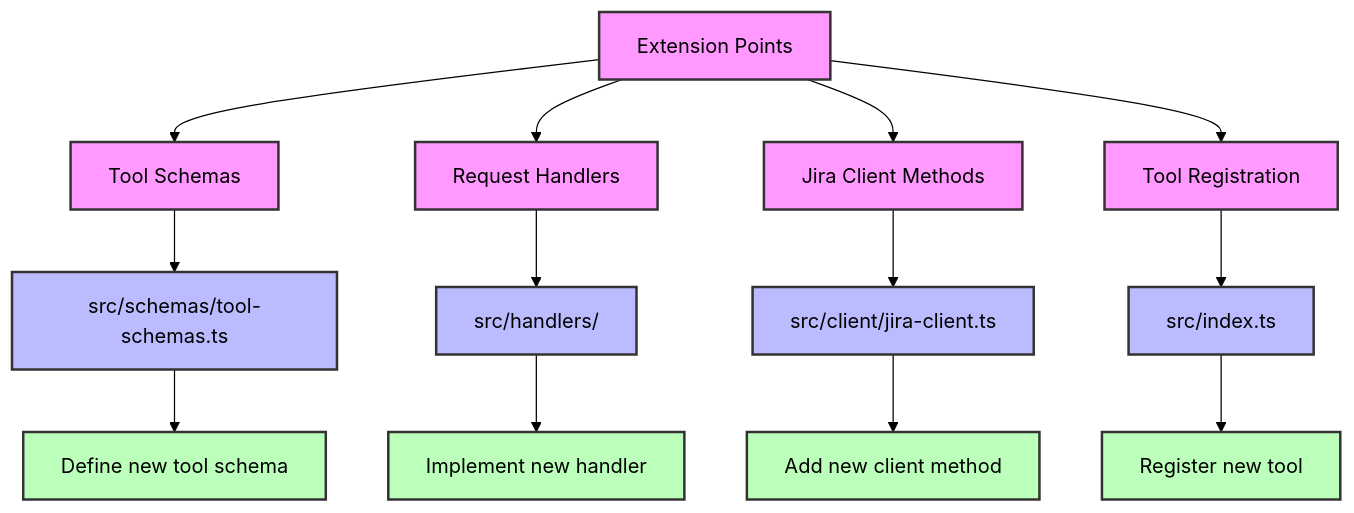
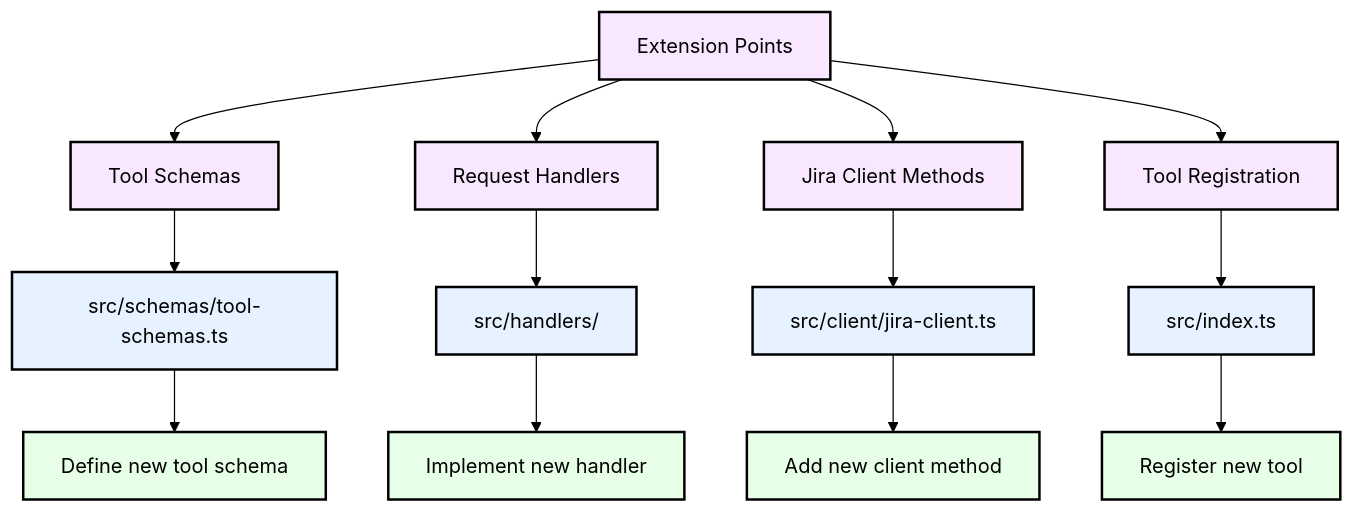
The fourth of 6 diagrams in docs/component-relationships.md (aaronsb/jira-cloud), drawn with Mermaid (forest theme) before and after one commit. The commit also changed other lines of this file, not shown here.

````diff
--- a/docs/component-relationships.md
+++ b/docs/component-relationships.md
@@ -169,35 +169,35 @@
 ```mermaid
 flowchart TD
     A[Extension Points] --> B[Tool Schemas]
     A --> C[Request Handlers]
     A --> D[Jira Client Methods]
     A --> E[Tool Registration]
     
     B --> F[src/schemas/tool-schemas.ts]
     C --> G[src/handlers/]
     D --> H[src/client/jira-client.ts]
     E --> I[src/index.ts]
     
     F --> J[Define new tool schema]
     G --> K[Implement new handler]
     H --> L[Add new client method]
     I --> M[Register new tool]
     
-    classDef extension fill:#f9f,stroke:#333,stroke-width:2px
-    classDef file fill:#bbf,stroke:#333,stroke-width:2px
-    classDef implementation fill:#bfb,stroke:#333,stroke-width:2px
+    classDef extension fill:#f9e6ff,stroke:#000,stroke-width:2px,color:#000
+    classDef file fill:#e6f2ff,stroke:#000,stroke-width:2px,color:#000
+    classDef implementation fill:#e6ffe6,stroke:#000,stroke-width:2px,color:#000
     
     A:::extension
     B:::extension
     C:::extension
     D:::extension
     E:::extension
     F:::file
     G:::file
     H:::file
     I:::file
     J:::implementation
     K:::implementation
     L:::implementation
     M:::implementation
 ```
````
